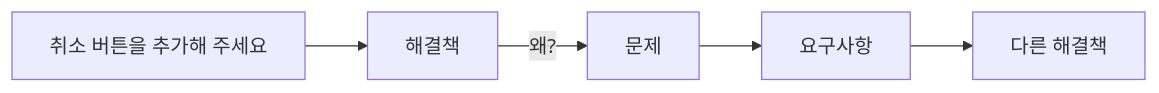
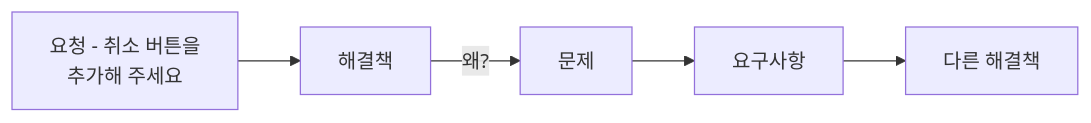
One commit to YoungSan77/TrainingMaterials changed the third of 16 diagrams in engine/production/src/test/fixtures/reference-session.md. Above: the diagram before and after it, drawn with Mermaid. The commit also changed other lines of this file and 5 other files, not shown here.

````diff
--- a/engine/production/src/test/fixtures/reference-session.md
+++ b/engine/production/src/test/fixtures/reference-session.md
@@ -195,13 +195,13 @@
 ```mermaid
 flowchart LR
-    Q["취소 버튼을 추가해 주세요"]
+    Q["요청 - 취소 버튼을<br/>추가해 주세요"]
     S["해결책"]
     P["문제"]
     R["요구사항"]
     A["다른 해결책"]
 
     Q --> S
     S -->|왜?| P
     P --> R
     R --> A
 ```
````
